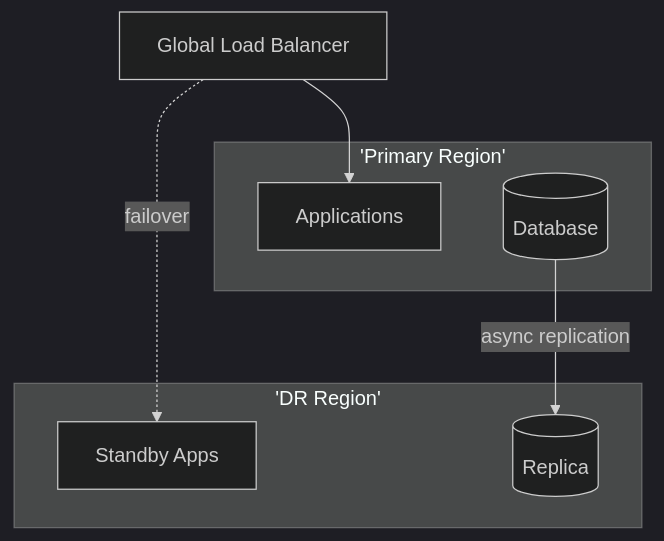
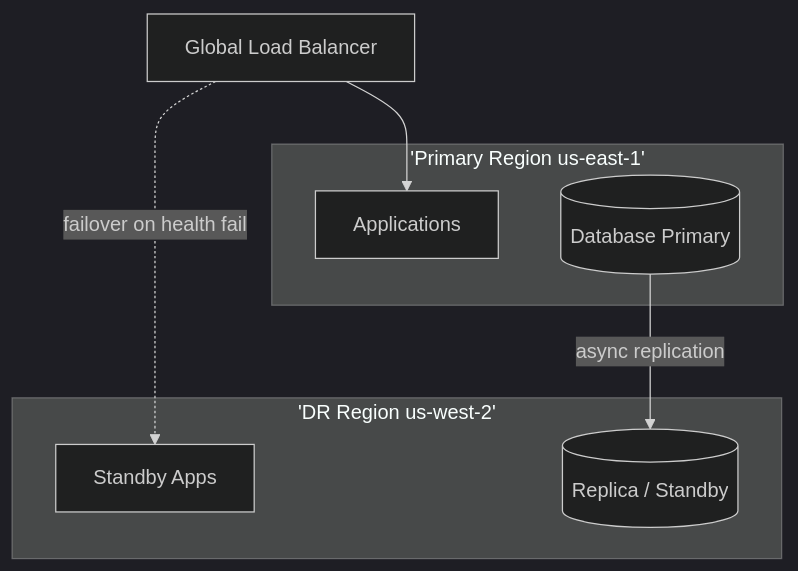
Before and after one commit to hareramcse/SystemDesign: diagram 15 of 22 in 12-reliability-engineering/README.md, drawn with Mermaid (dark theme). The commit also changed other lines of this file and 5 other files, not shown here.

````diff
--- a/12-reliability-engineering/README.md
+++ b/12-reliability-engineering/README.md
@@ -671,14 +724,14 @@
 ```mermaid
 flowchart TB
-    subgraph Primary['Primary Region']
+    subgraph Primary['Primary Region us-east-1']
         PApp[Applications]
-        PDB[(Database)]
+        PDB[(Database Primary)]
     end
-    subgraph DR['DR Region']
+    subgraph DR['DR Region us-west-2']
         DApp[Standby Apps]
-        DDB[(Replica)]
+        DDB[(Replica / Standby)]
     end
     PDB -->|async replication| DDB
     GLB[Global Load Balancer] --> PApp
-    GLB -.->|failover| DApp
+    GLB -.->|failover on health fail| DApp
 ```
````
